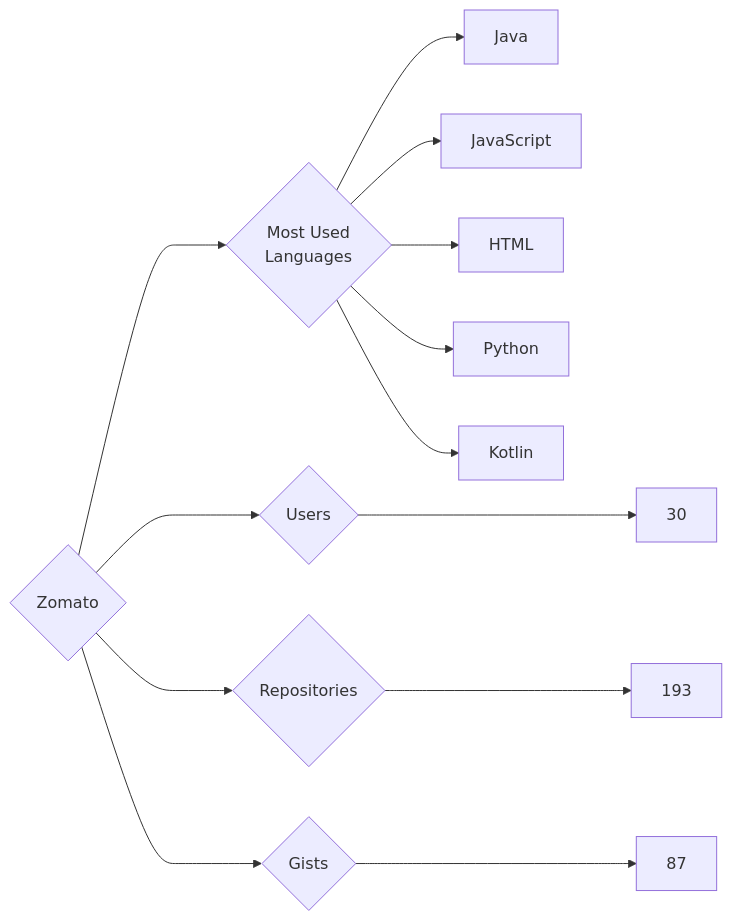
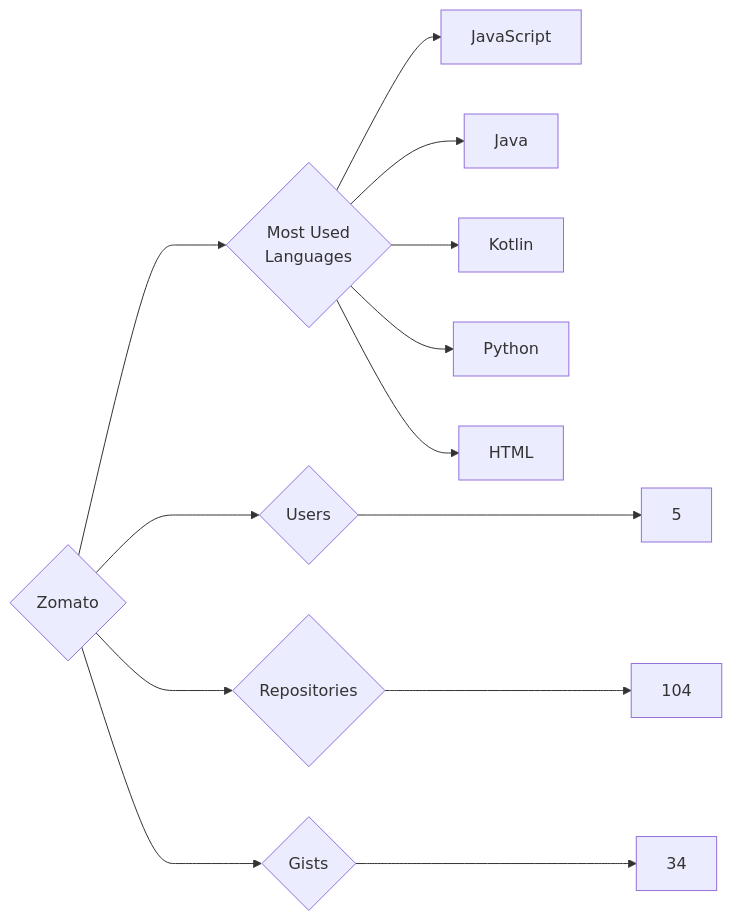
Before and after one commit to trickest/insiders: the diagram in targets/Zomato/README.md, drawn with Mermaid. The commit also changed 870 other files, not shown here.

````diff
--- a/targets/Zomato/README.md
+++ b/targets/Zomato/README.md
@@ -3,13 +3,13 @@
 ```mermaid
 graph LR
 COMPANY_NAME{Zomato}
-COMPANY_NAME ---> U{Users} ---> UN[30]
-COMPANY_NAME ---> R{Repositories} ---> RN[193]
-COMPANY_NAME ---> G{Gists} ---> GN[87]
+COMPANY_NAME ---> U{Users} ---> UN[5]
+COMPANY_NAME ---> R{Repositories} ---> RN[104]
+COMPANY_NAME ---> G{Gists} ---> GN[34]
 COMPANY_NAME ---> ML{Most Used<br>Languages}
+ML --> JavaScript[JavaScript]
 ML --> Java[Java]
-ML --> JavaScript[JavaScript]
+ML --> Kotlin[Kotlin]
+ML --> Python[Python]
 ML --> HTML[HTML]
-ML --> Python[Python]
-ML --> Kotlin[Kotlin]
 ```
````
